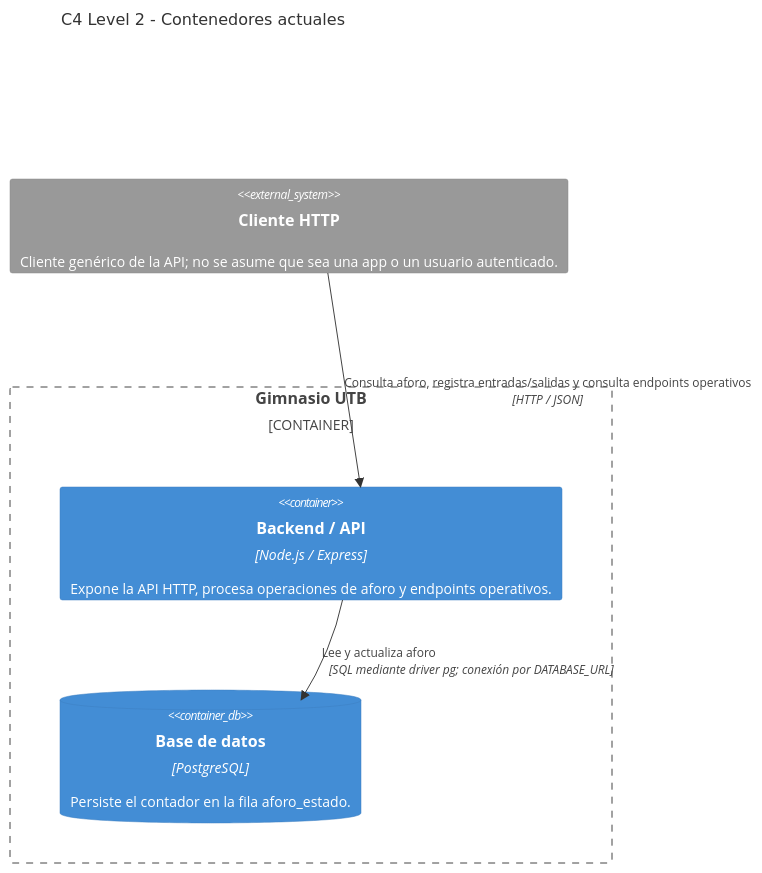
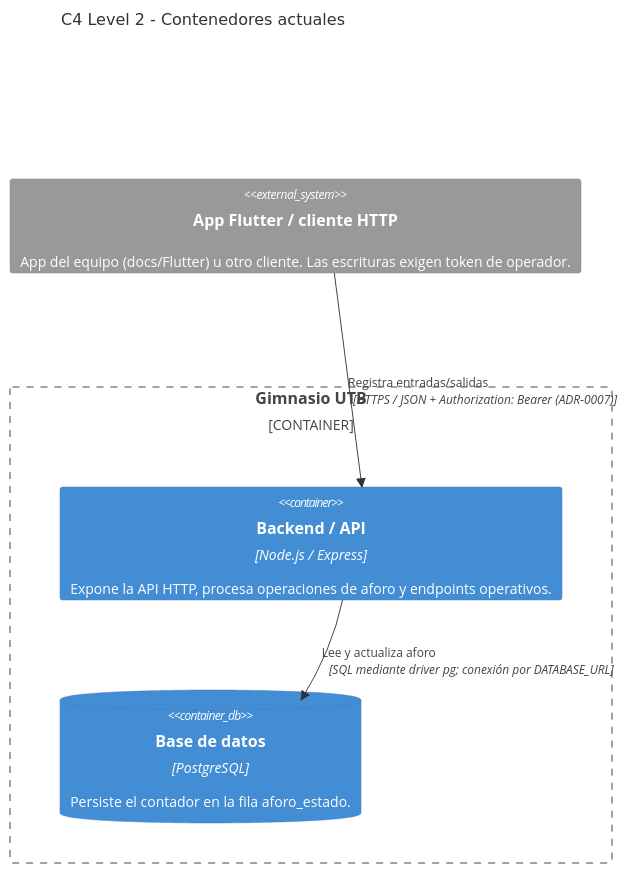
The first of 2 diagrams in docs/c4/c4_level2.md (ISCOUTB/AS_202620_GimnasioUTB), drawn with Mermaid before and after one commit. The commit also changed 26 other files, not shown here.

Commit message:
S13: modelado de amenazas, token de operador y CORS

````diff
--- a/docs/c4/c4_level2.md
+++ b/docs/c4/c4_level2.md
@@ -1,14 +1,15 @@
 ```mermaid
 C4Container
     title C4 Level 2 - Contenedores actuales
 
-    System_Ext(cliente, "Cliente HTTP", "Cliente genérico de la API; no se asume que sea una app o un usuario autenticado.")
+    System_Ext(cliente, "App Flutter / cliente HTTP", "App del equipo (docs/Flutter) u otro cliente. Las escrituras exigen token de operador.")
 
     Container_Boundary(sistema, "Gimnasio UTB") {
         Container(api, "Backend / API", "Node.js / Express", "Expone la API HTTP, procesa operaciones de aforo y endpoints operativos.")
         ContainerDb(db, "Base de datos", "PostgreSQL", "Persiste el contador en la fila aforo_estado.")
     }
 
-    Rel(cliente, api, "Consulta aforo, registra entradas/salidas y consulta endpoints operativos", "HTTP / JSON")
+    Rel(cliente, api, "Consulta aforo (público) y endpoints operativos", "HTTPS / JSON")
+    Rel(cliente, api, "Registra entradas/salidas", "HTTPS / JSON + Authorization: Bearer (ADR-0007)")
     Rel(api, db, "Lee y actualiza aforo", "SQL mediante driver pg; conexión por DATABASE_URL")
 ```
````
